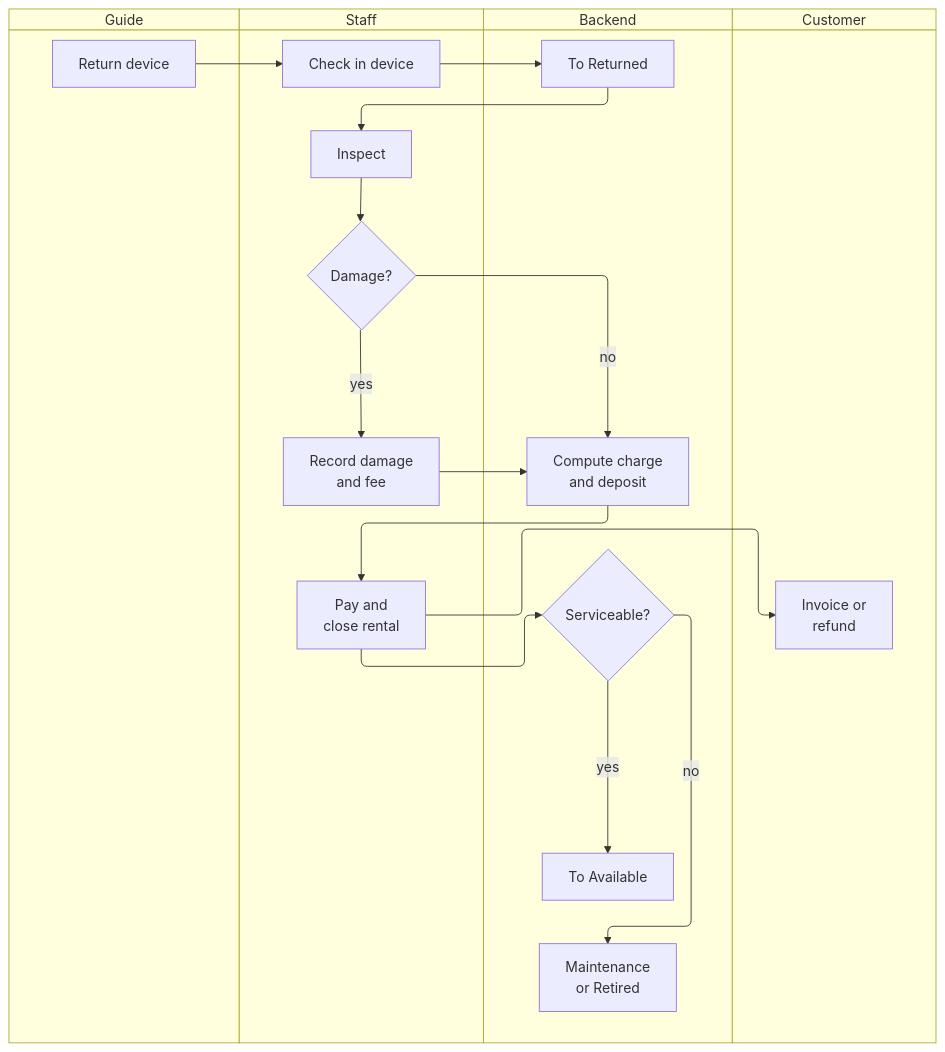
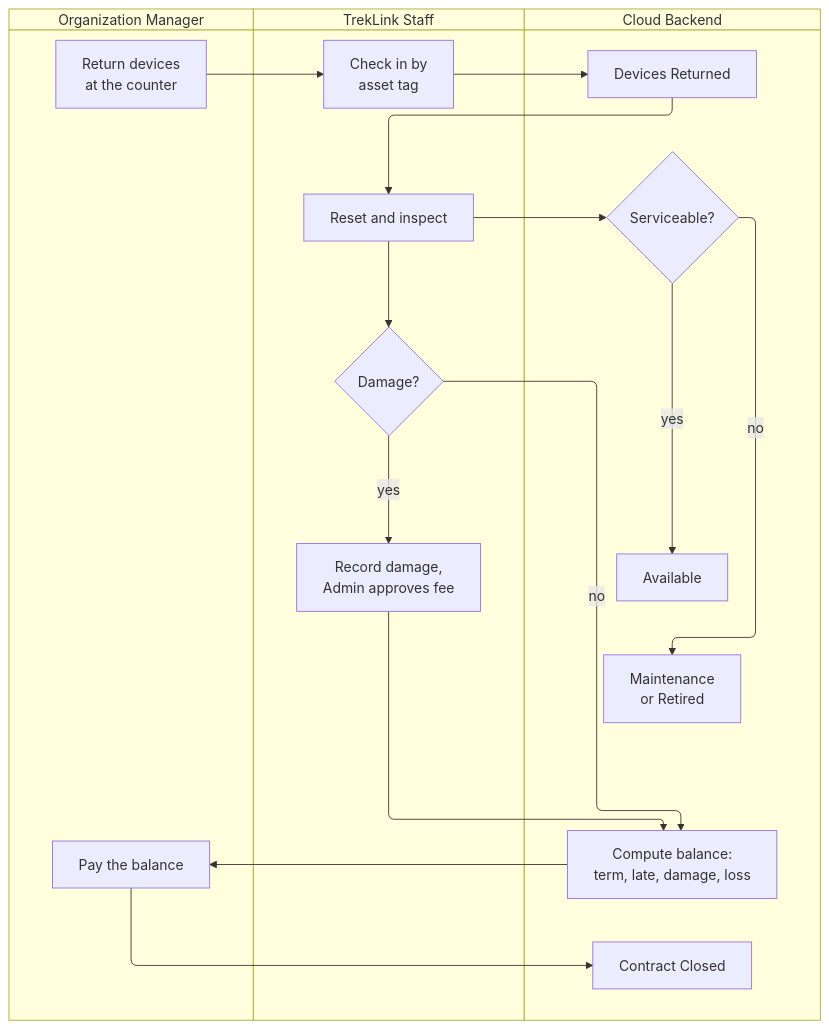
The fifth of 5 diagrams in _docs/00-project-context/05-main-flows.md (TrekLink-Team/treklink-docs), drawn with Mermaid before and after one commit. The commit also changed other lines of this file and 8 other files, not shown here.

First line of the commit message:
docs: rescope to an enterprise device-rental platform (D-033 to D-035)

````diff
--- a/_docs/00-project-context/05-main-flows.md
+++ b/_docs/00-project-context/05-main-flows.md
@@ -344,30 +339,28 @@
 ```mermaid
 swimlane-beta TB
-    subgraph guide["Guide"]
-        g1[Return device]
+    subgraph manager["Organization Manager"]
+        m1[Return devices<br/>at the counter]
+        m2[Pay the balance]
     end
-    subgraph staff["Staff"]
-        t1[Check in device]
-        t2[Inspect]
+    subgraph staff["TrekLink Staff"]
+        t1[Check in by<br/>asset tag]
+        t2[Reset and inspect]
         t3{Damage?}
-        t4[Record damage<br/>and fee]
-        t5[Pay and<br/>close rental]
+        t4[Record damage,<br/>Admin approves fee]
     end
-    subgraph backend["Backend"]
-        s1[To Returned]
-        s2[Compute charge<br/>and deposit]
+    subgraph backend["Cloud Backend"]
+        s1[Devices Returned]
+        s2[Compute balance:<br/>term, late, damage, loss]
         s3{Serviceable?}
-        s4[To Available]
+        s4[Available]
         s5[Maintenance<br/>or Retired]
+        s6[Contract Closed]
     end
-    subgraph customer["Customer"]
-        c1[Invoice or<br/>refund]
-    end
-    g1 --> t1 --> s1 --> t2 --> t3
+    m1 --> t1 --> s1 --> t2 --> t3
     t3 -->|yes| t4 --> s2
     t3 -->|no| s2
-    s2 --> t5 --> c1
-    t5 --> s3
+    s2 --> m2 --> s6
+    t2 --> s3
     s3 -->|yes| s4
     s3 -->|no| s5
 ```
````
